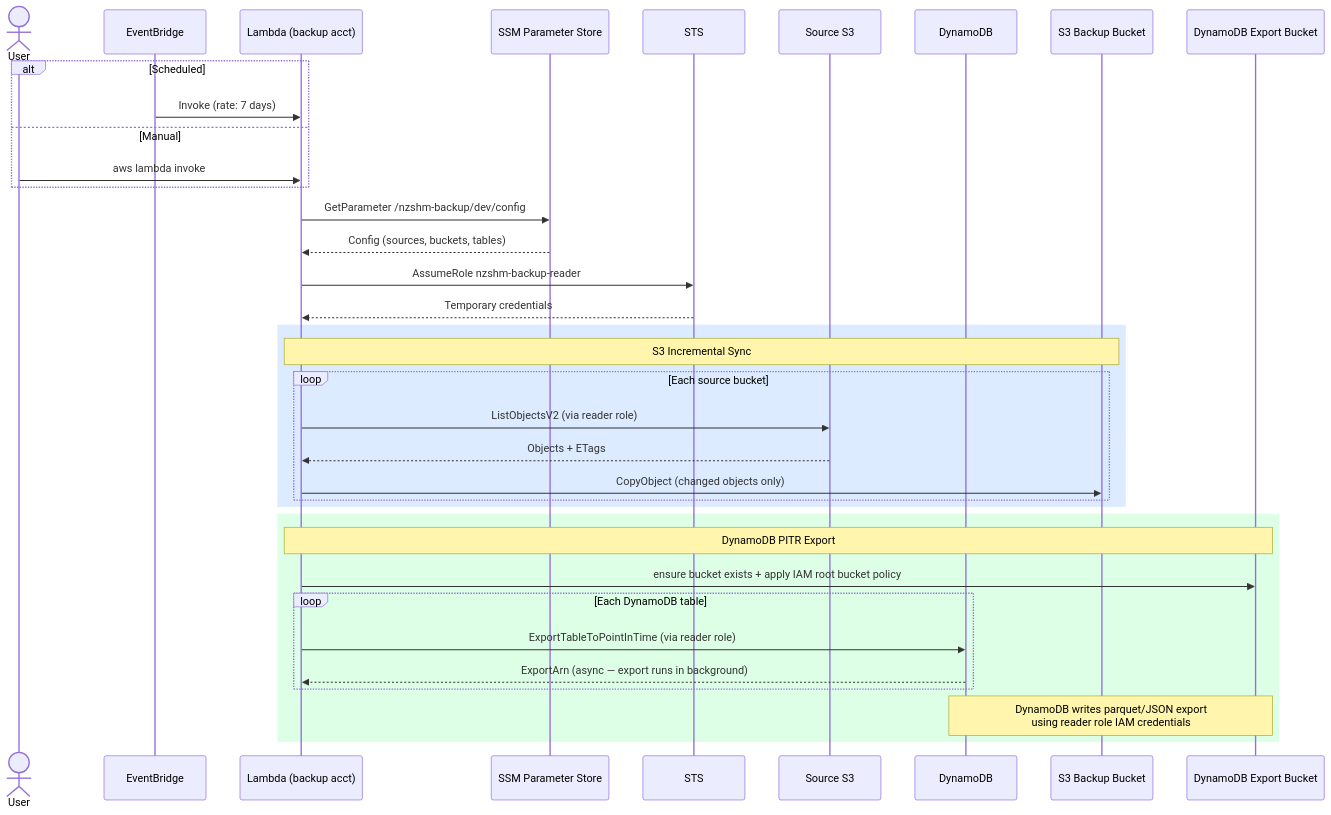
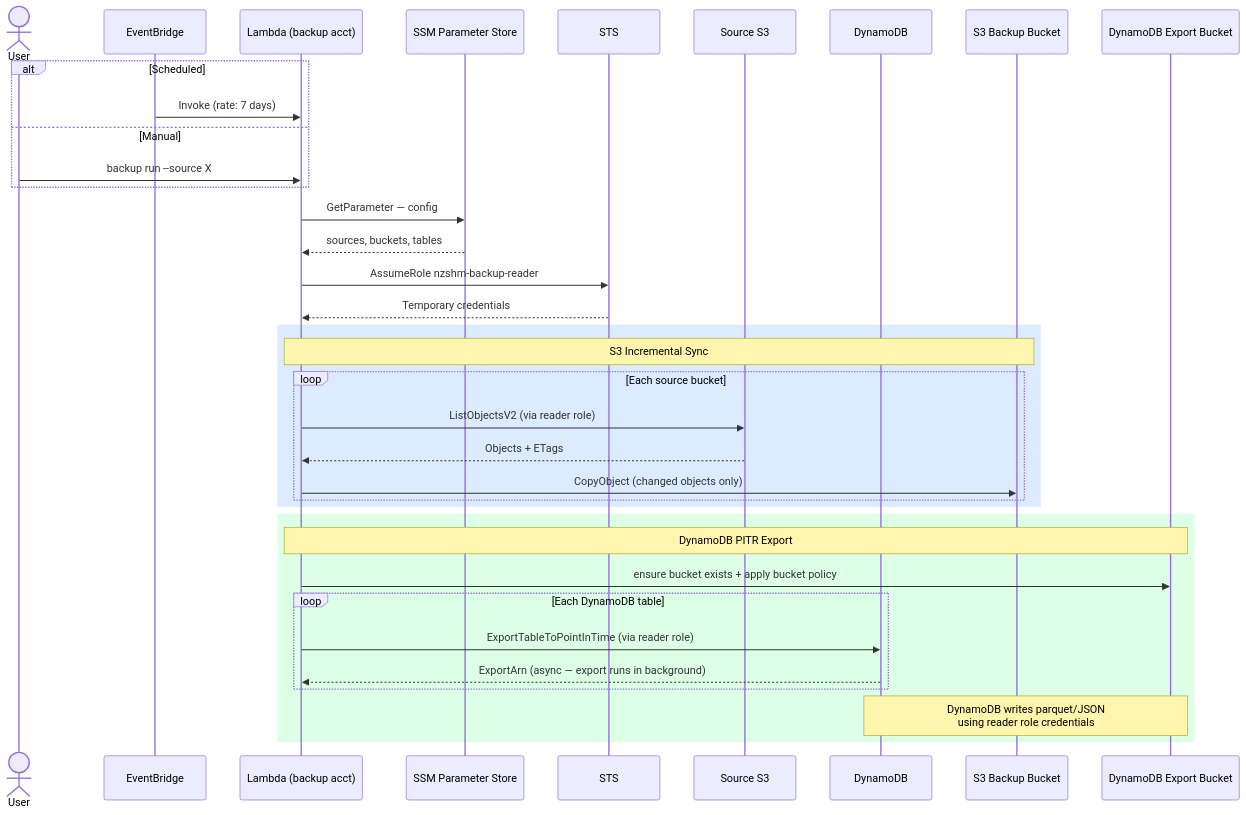
The second of 4 diagrams in docs/architecture/overview.md (GNS-Science/aws-snapshot), drawn with Mermaid before and after one commit. The commit also changed other lines of this file and 15 other files, not shown here.

First line of the commit message:
docs: refactor docs site — mermaid, mkdocs-click, nav, dedup, stubs

````diff
--- a/docs/architecture/overview.md
+++ b/docs/architecture/overview.md
@@ -51,43 +57,43 @@
 ```mermaid
 sequenceDiagram
     actor User
     participant EB as EventBridge
     participant L as Lambda (backup acct)
     participant SSM as SSM Parameter Store
     participant STS as STS
     participant S3src as Source S3
     participant DDB as DynamoDB
     participant S3bb as S3 Backup Bucket
     participant S3dyn as DynamoDB Export Bucket
 
     alt Scheduled
         EB->>L: Invoke (rate: 7 days)
     else Manual
-        User->>L: aws lambda invoke
+        User->>L: backup run --source X
     end
 
-    L->>SSM: GetParameter /nzshm-backup/dev/config
-    SSM-->>L: Config (sources, buckets, tables)
+    L->>SSM: GetParameter — config
+    SSM-->>L: sources, buckets, tables
 
     L->>STS: AssumeRole nzshm-backup-reader
     STS-->>L: Temporary credentials
 
     rect rgb(220, 235, 255)
         Note over L,S3bb: S3 Incremental Sync
         loop Each source bucket
             L->>S3src: ListObjectsV2 (via reader role)
             S3src-->>L: Objects + ETags
             L->>S3bb: CopyObject (changed objects only)
         end
     end
 
     rect rgb(220, 255, 230)
         Note over L,S3dyn: DynamoDB PITR Export
-        L->>S3dyn: ensure bucket exists + apply IAM root bucket policy
+        L->>S3dyn: ensure bucket exists + apply bucket policy
         loop Each DynamoDB table
             L->>DDB: ExportTableToPointInTime (via reader role)
             DDB-->>L: ExportArn (async — export runs in background)
         end
-        Note over DDB,S3dyn: DynamoDB writes parquet/JSON export<br/>using reader role IAM credentials
+        Note over DDB,S3dyn: DynamoDB writes parquet/JSON<br/>using reader role credentials
     end
 ```
````
